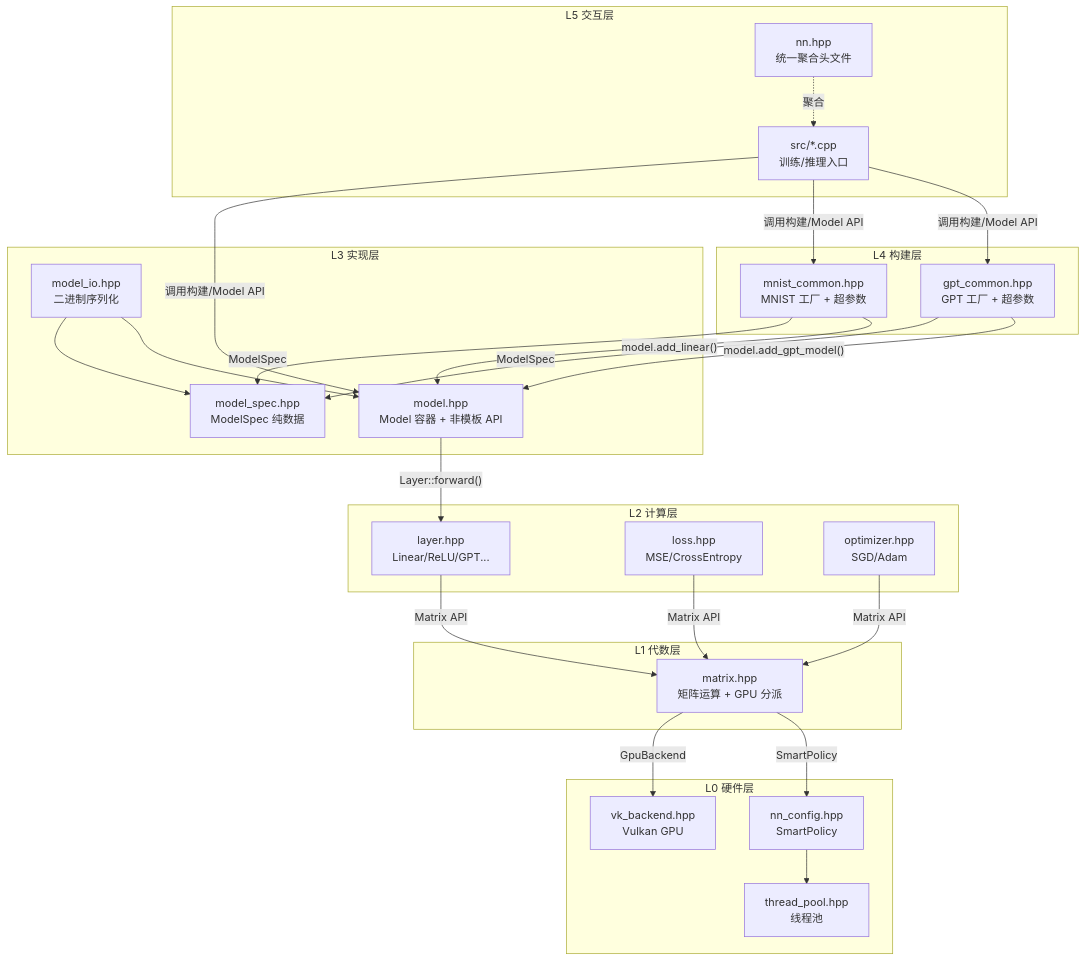
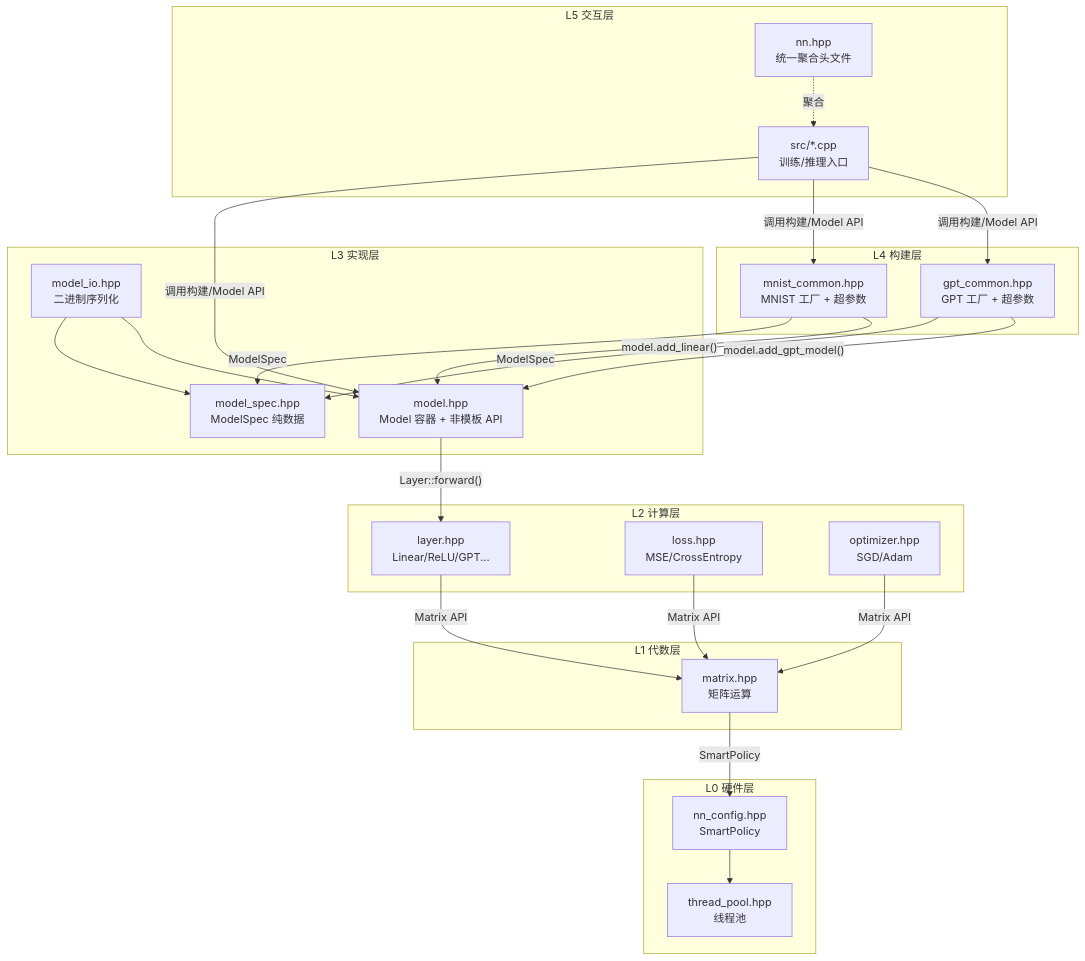
The second of 13 diagrams in docs/ARCHITECTURE.md (EthanPeng-2048/neuralnet.cpp), drawn with Mermaid before and after one commit. The commit also changed other lines of this file and 31 other files, not shown here.

````diff
--- a/docs/ARCHITECTURE.md
+++ b/docs/ARCHITECTURE.md
@@ -81,43 +79,41 @@
 ```mermaid
 graph TB
     subgraph "L5 交互层"
         SRC["src/*.cpp<br/>训练/推理入口"]
         NN["nn.hpp<br/>统一聚合头文件"]
     end
     subgraph "L4 构建层"
         GPT["gpt_common.hpp<br/>GPT 工厂 + 超参数"]
         MNIST["mnist_common.hpp<br/>MNIST 工厂 + 超参数"]
     end
     subgraph "L3 实现层"
         MDL["model.hpp<br/>Model 容器 + 非模板 API"]
         IO["model_io.hpp<br/>二进制序列化"]
         MS["model_spec.hpp<br/>ModelSpec 纯数据"]
     end
     subgraph "L2 计算层"
         LAY["layer.hpp<br/>Linear/ReLU/GPT..."]
         LOSS["loss.hpp<br/>MSE/CrossEntropy"]
         OPT["optimizer.hpp<br/>SGD/Adam"]
     end
     subgraph "L1 代数层"
-        MAT["matrix.hpp<br/>矩阵运算 + GPU 分派"]
+        MAT["matrix.hpp<br/>矩阵运算"]
     end
     subgraph "L0 硬件层"
         CFG["nn_config.hpp<br/>SmartPolicy"]
         TP["thread_pool.hpp<br/>线程池"]
-        VK["vk_backend.hpp<br/>Vulkan GPU"]
     end
 
     SRC -->|"调用构建/Model API"| GPT & MNIST & MDL
     NN -.->|"聚合"| SRC
     GPT -->|"model.add_gpt_model()"| MDL
     MNIST -->|"model.add_linear()"| MDL
     GPT & MNIST -->|"ModelSpec"| MS
     MDL -->|"Layer::forward()"| LAY
     IO --> MDL & MS
     LAY -->|"Matrix API"| MAT
     LOSS -->|"Matrix API"| MAT
     OPT -->|"Matrix API"| MAT
     MAT -->|"SmartPolicy"| CFG
-    MAT -->|"GpuBackend"| VK
     CFG --> TP
 ```
````
